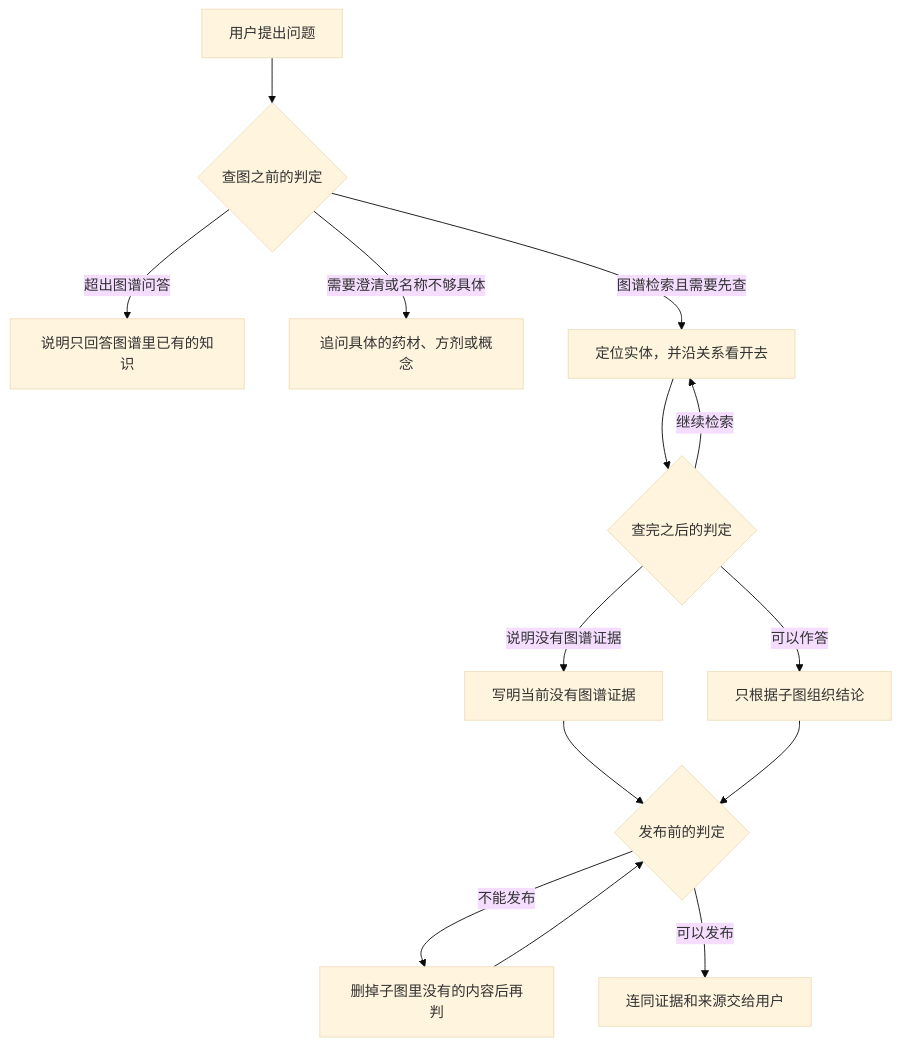
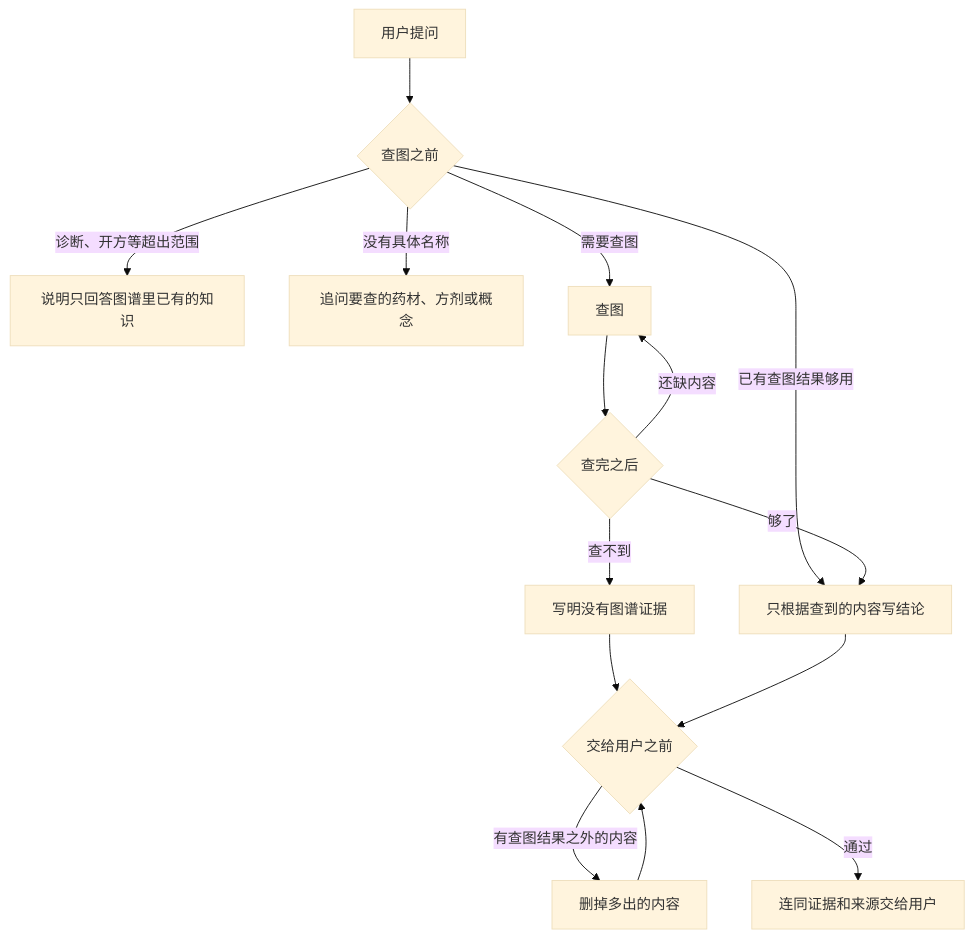
One commit to ticoAg/BaiCao changed the diagram in README.md. Above: the diagram before and after it, drawn with Mermaid (base theme). The commit also changed other lines of this file, not shown here.

````diff
--- a/README.md
+++ b/README.md
@@ -26,16 +31,17 @@
 ```mermaid
 flowchart TD
-    ask[用户提出问题] --> gate{查图之前的判定}
-    gate -->|超出图谱问答| decline[说明只回答图谱里已有的知识]
-    gate -->|需要澄清或名称不够具体| clarify[追问具体的药材、方剂或概念]
-    gate -->|图谱检索且需要先查| search[定位实体，并沿关系看开去]
-    search --> evidence{查完之后的判定}
-    evidence -->|继续检索| search
-    evidence -->|说明没有图谱证据| missing[写明当前没有图谱证据]
-    evidence -->|可以作答| write[只根据子图组织结论]
-    missing --> check{发布前的判定}
-    write --> check
-    check -->|不能发布| rewrite[删掉子图里没有的内容后再判]
-    rewrite --> check
-    check -->|可以发布| answer[连同证据和来源交给用户]
+    ask[用户提问] --> intake{查图之前}
+    intake -->|诊断、开方等超出范围| decline[说明只回答图谱里已有的知识]
+    intake -->|没有具体名称| clarify[追问要查的药材、方剂或概念]
+    intake -->|需要查图| search[查图]
+    intake -->|已有查图结果够用| write
+    search --> evidence{查完之后}
+    evidence -->|还缺内容| search
+    evidence -->|查不到| missing[写明没有图谱证据]
+    evidence -->|够了| write[只根据查到的内容写结论]
+    missing --> claim{交给用户之前}
+    write --> claim
+    claim -->|有查图结果之外的内容| rewrite[删掉多出的内容]
+    rewrite --> claim
+    claim -->|通过| answer[连同证据和来源交给用户]
 ```
````
